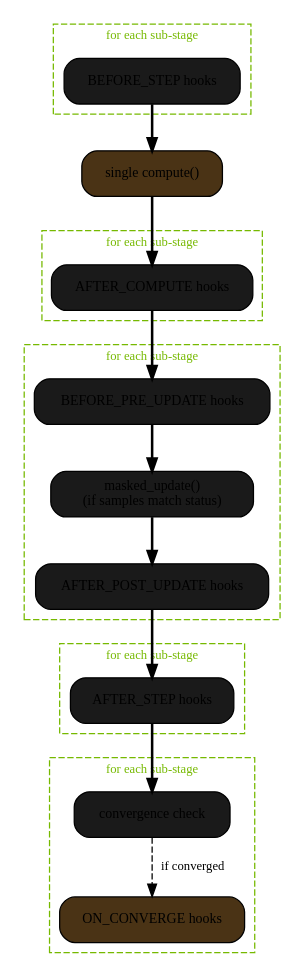
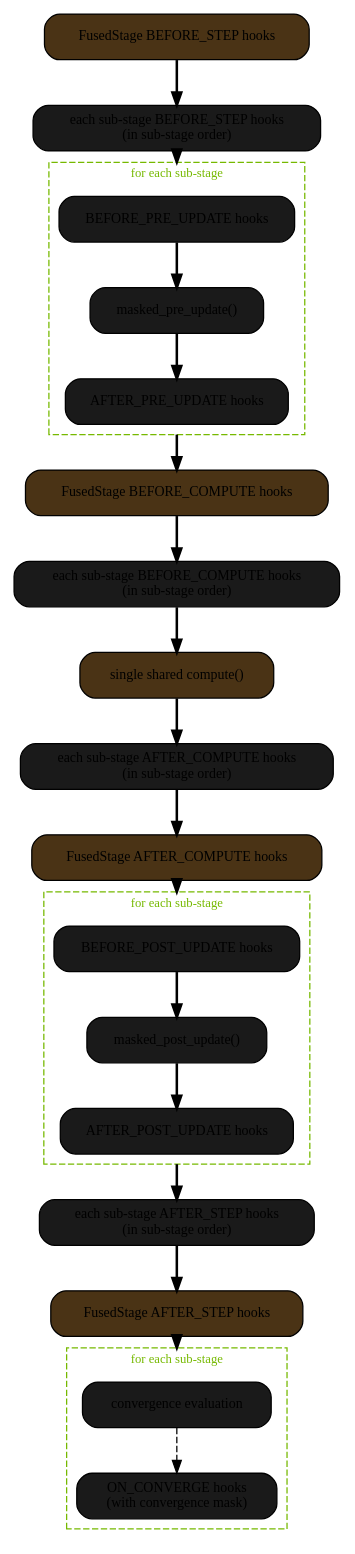
One commit to NVIDIA/nvalchemi-toolkit changed the second of 2 diagrams in docs/modules/dynamics/hooks.rst. Above: the diagram before and after it, drawn with Graphviz. The commit also changed other lines of this file and 3 other files, not shown here.

```diff
--- a/docs/modules/dynamics/hooks.rst
+++ b/docs/modules/dynamics/hooks.rst
@@ -335,67 +329,68 @@
 .. graphviz::
    :caption: Hook ordering inside a single ``FusedStage.step()``.
 
    digraph fused_hook_order {
        rankdir=TB
        compound=true
        node [fontsize=11 shape=box style="rounded,filled" fillcolor="#1a1a1a"]
        edge [fontsize=10 style=bold]
 
-       subgraph cluster_before {
-           label="for each sub-stage"
-           style=dashed
-           color="#76b900"
-           fontcolor="#76b900"
-           fontsize=10
-           BEFORE_STEP [label="BEFORE_STEP hooks"]
-       }
+       fused_before_step [label="FusedStage BEFORE_STEP hooks" fillcolor="#4a3315"]
+       sub_before_step [label="each sub-stage BEFORE_STEP hooks\n(in sub-stage order)"]
 
-       compute [label="single compute()" fillcolor="#4a3315"]
-
-       subgraph cluster_after_compute {
-           label="for each sub-stage"
-           style=dashed
-           color="#76b900"
-           fontcolor="#76b900"
-           fontsize=10
-           AFTER_COMPUTE [label="AFTER_COMPUTE hooks"]
-       }
-
-       subgraph cluster_update {
+       subgraph cluster_pre_update {
            label="for each sub-stage"
            style=dashed
            color="#76b900"
            fontcolor="#76b900"
            fontsize=10
            BEFORE_PRE [label="BEFORE_PRE_UPDATE hooks"]
-           masked     [label="masked_update()\n(if samples match status)" fillcolor="#1a1a1a"]
-           AFTER_POST [label="AFTER_POST_UPDATE hooks"]
-           BEFORE_PRE -> masked -> AFTER_POST
+           pre_update [label="masked_pre_update()" fillcolor="#1a1a1a"]
+           AFTER_PRE [label="AFTER_PRE_UPDATE hooks"]
+           BEFORE_PRE -> pre_update -> AFTER_PRE
        }
 
-       subgraph cluster_after_step {
+       fused_before_compute [label="FusedStage BEFORE_COMPUTE hooks" fillcolor="#4a3315"]
+       sub_before_compute [label="each sub-stage BEFORE_COMPUTE hooks\n(in sub-stage order)"]
+       compute [label="single shared compute()" fillcolor="#4a3315"]
+       sub_after_compute [label="each sub-stage AFTER_COMPUTE hooks\n(in sub-stage order)"]
+       fused_after_compute [label="FusedStage AFTER_COMPUTE hooks" fillcolor="#4a3315"]
+
+       subgraph cluster_post_update {
            label="for each sub-stage"
            style=dashed
            color="#76b900"
            fontcolor="#76b900"
            fontsize=10
-           AFTER_STEP [label="AFTER_STEP hooks"]
+           BEFORE_POST [label="BEFORE_POST_UPDATE hooks"]
+           post_update [label="masked_post_update()" fillcolor="#1a1a1a"]
+           AFTER_POST [label="AFTER_POST_UPDATE hooks"]
+           BEFORE_POST -> post_update -> AFTER_POST
        }
+
+       sub_after_step [label="each sub-stage AFTER_STEP hooks\n(in sub-stage order)"]
+       fused_after_step [label="FusedStage AFTER_STEP hooks" fillcolor="#4a3315"]
 
        subgraph cluster_converge {
            label="for each sub-stage"
            style=dashed
            color="#76b900"
            fontcolor="#76b900"
            fontsize=10
-           conv_check  [label="convergence check" fillcolor="#1a1a1a"]
-           ON_CONVERGE [label="ON_CONVERGE hooks" fillcolor="#4a3315"]
-           conv_check -> ON_CONVERGE [style=dashed label="if converged"]
+           conv_check  [label="convergence evaluation" fillcolor="#1a1a1a"]
+           ON_CONVERGE [label="ON_CONVERGE hooks\n(with convergence mask)"]
+           conv_check -> ON_CONVERGE [style=dashed]
        }
 
-       BEFORE_STEP -> compute
-       compute -> AFTER_COMPUTE
-       AFTER_COMPUTE -> BEFORE_PRE
-       AFTER_POST -> AFTER_STEP
-       AFTER_STEP -> conv_check
+       fused_before_step -> sub_before_step
+       sub_before_step -> BEFORE_PRE [lhead=cluster_pre_update]
+       AFTER_PRE -> fused_before_compute [ltail=cluster_pre_update]
+       fused_before_compute -> sub_before_compute
+       sub_before_compute -> compute
+       compute -> sub_after_compute
+       sub_after_compute -> fused_after_compute
+       fused_after_compute -> BEFORE_POST [lhead=cluster_post_update]
+       AFTER_POST -> sub_after_step [ltail=cluster_post_update]
+       sub_after_step -> fused_after_step
+       fused_after_step -> conv_check [lhead=cluster_converge]
    }
```
